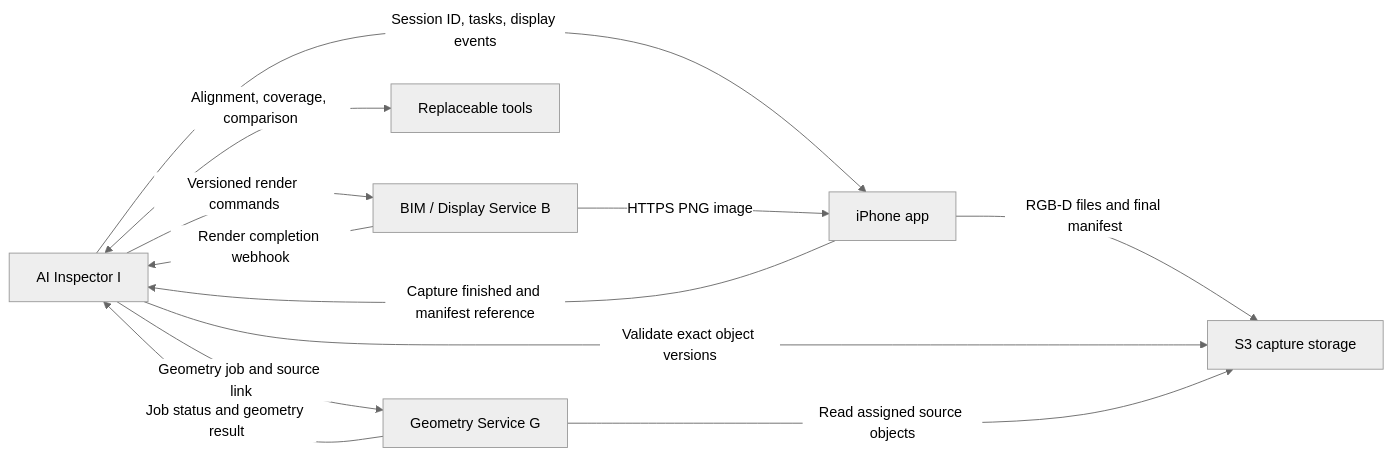
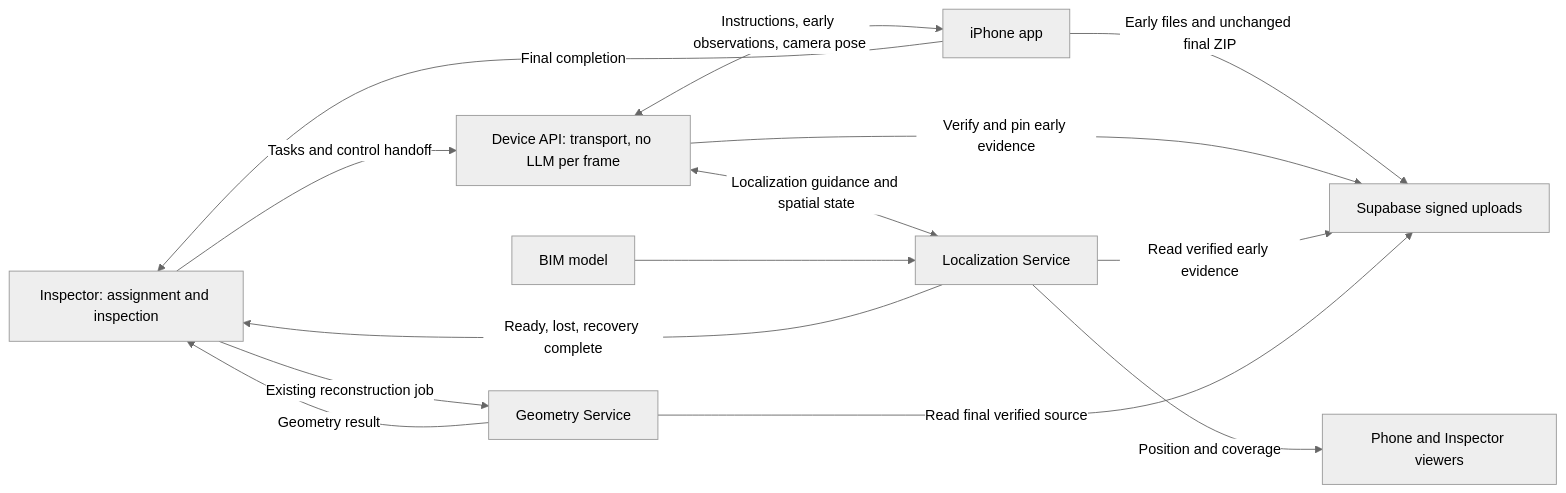
One commit to TykhinBiriukov/ai-construction-inspector changed the diagram in ai_inspector/docs/iphone-geometry-bim-inspector-api-v0.1.md. Above: the diagram before and after it, drawn with Mermaid (neutral theme). The commit also changed other lines of this file and 1 other file, not shown here.

Commit message:
Update shared iPhone API contract with localization handoff

````diff
--- a/ai_inspector/docs/iphone-geometry-bim-inspector-api-v0.1.md
+++ b/ai_inspector/docs/iphone-geometry-bim-inspector-api-v0.1.md
@@ -13,14 +15,16 @@
 ```mermaid
 flowchart LR
-    I[AI Inspector I] -->|Session ID, tasks, display events| P[iPhone app]
-    P -->|Capture finished and manifest reference| I
-    P -->|RGB-D files and final manifest| S[S3 capture storage]
-    I -->|Validate exact object versions| S
-    I -->|Geometry job and source link| G[Geometry Service G]
-    G -->|Read assigned source objects| S
-    G -->|Job status and geometry result| I
-    I <-->|Alignment, coverage, comparison| T[Replaceable tools]
-    I -->|Versioned render commands| B[BIM / Display Service B]
-    B -->|Render completion webhook| I
-    B -->|HTTPS PNG image| P
+    I[Inspector: assignment and inspection] -->|Tasks and control handoff| A[Device API: transport, no LLM per frame]
+    A <-->|Instructions, early observations, camera pose| P[iPhone app]
+    A <-->|Localization guidance and spatial state| L[Localization Service]
+    L -->|Ready, lost, recovery complete| I
+    L -->|Position and coverage| V[Phone and Inspector viewers]
+    B[BIM model] --> L
+    P -->|Early files and unchanged final ZIP| S[Supabase signed uploads]
+    A -->|Verify and pin early evidence| S
+    L -->|Read verified early evidence| S
+    P -->|Final completion| I
+    I -->|Existing reconstruction job| G[Geometry Service]
+    G -->|Read final verified source| S
+    G -->|Geometry result| I
 ```
````
